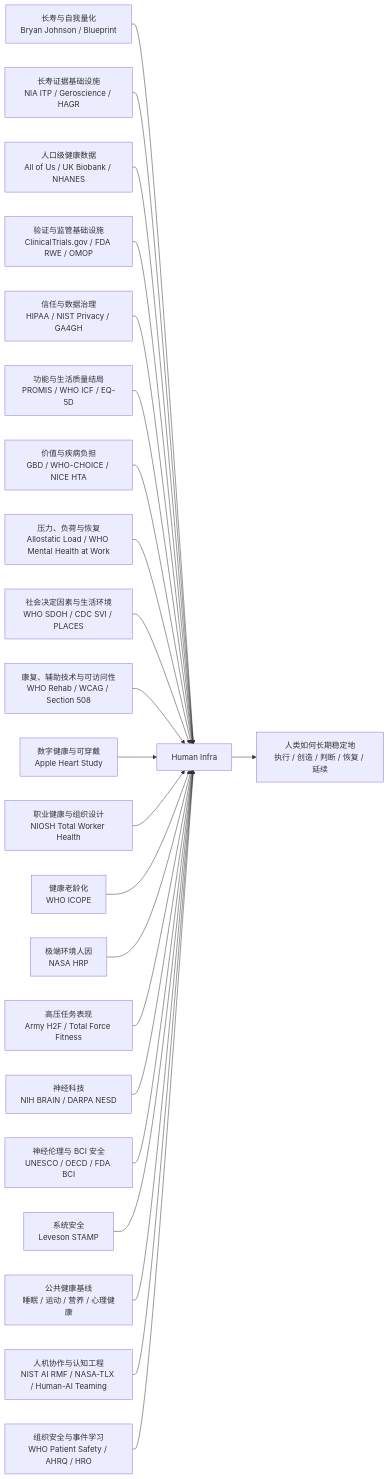
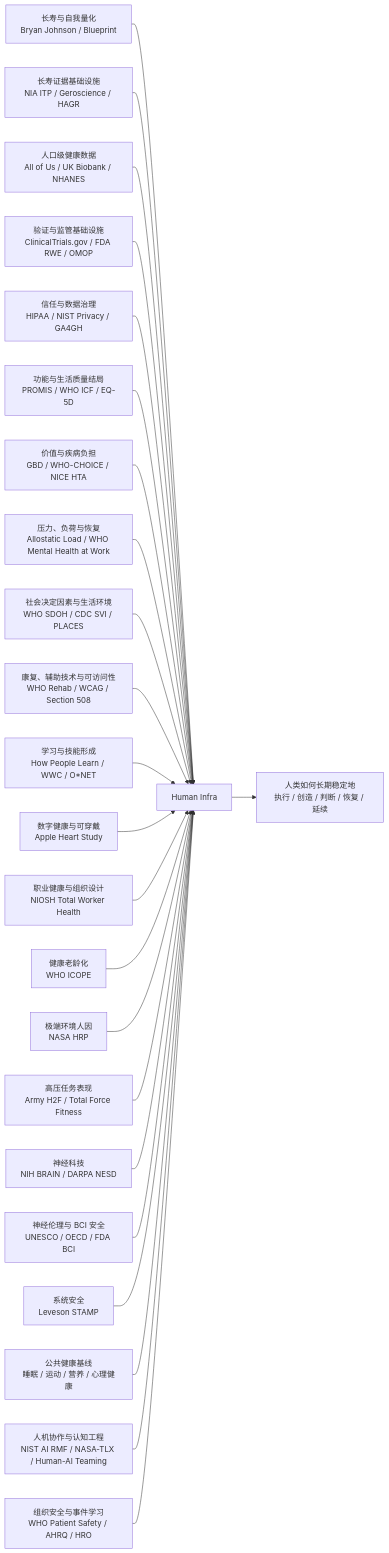
One commit to 123olp/ys changed the first of 4 diagrams in README.md. Above: the diagram before and after it, drawn with Mermaid. The commit also changed other lines of this file and 2 other files, not shown here.

````diff
--- a/README.md
+++ b/README.md
@@ -22,26 +22,27 @@
 ```mermaid
 flowchart LR
     A[长寿与自我量化<br/>Bryan Johnson / Blueprint] --> H[Human Infra]
     L[长寿证据基础设施<br/>NIA ITP / Geroscience / HAGR] --> H
     P[人口级健康数据<br/>All of Us / UK Biobank / NHANES] --> H
     R[验证与监管基础设施<br/>ClinicalTrials.gov / FDA RWE / OMOP] --> H
     T[信任与数据治理<br/>HIPAA / NIST Privacy / GA4GH] --> H
     Q[功能与生活质量结局<br/>PROMIS / WHO ICF / EQ-5D] --> H
     V[价值与疾病负担<br/>GBD / WHO-CHOICE / NICE HTA] --> H
     S[压力、负荷与恢复<br/>Allostatic Load / WHO Mental Health at Work] --> H
     U[社会决定因素与生活环境<br/>WHO SDOH / CDC SVI / PLACES] --> H
     X[康复、辅助技术与可访问性<br/>WHO Rehab / WCAG / Section 508] --> H
+    Y[学习与技能形成<br/>How People Learn / WWC / O*NET] --> H
     B[数字健康与可穿戴<br/>Apple Heart Study] --> H
     C[职业健康与组织设计<br/>NIOSH Total Worker Health] --> H
     D[健康老龄化<br/>WHO ICOPE] --> H
     E[极端环境人因<br/>NASA HRP] --> H
     F[高压任务表现<br/>Army H2F / Total Force Fitness] --> H
     G[神经科技<br/>NIH BRAIN / DARPA NESD] --> H
     N[神经伦理与 BCI 安全<br/>UNESCO / OECD / FDA BCI] --> H
     I[系统安全<br/>Leveson STAMP] --> H
     K[公共健康基线<br/>睡眠 / 运动 / 营养 / 心理健康] --> H
     M[人机协作与认知工程<br/>NIST AI RMF / NASA-TLX / Human-AI Teaming] --> H
     O[组织安全与事件学习<br/>WHO Patient Safety / AHRQ / HRO] --> H
 
     H --> J[人类如何长期稳定地<br/>执行 / 创造 / 判断 / 恢复 / 延续]
 ```
````
